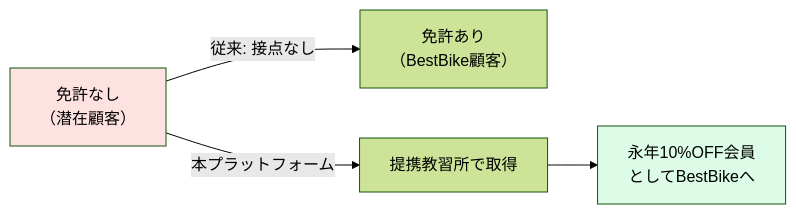
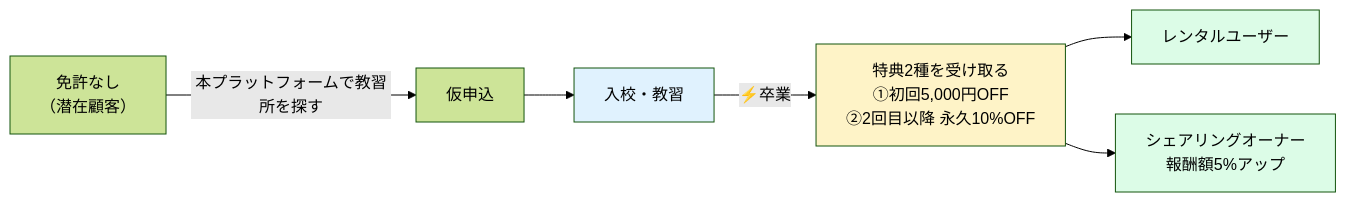
One commit to Sho0922/bestbike_matching- changed the first of 4 diagrams in docs/01_requirements.md. Above: the diagram before and after it, drawn with Mermaid (forest theme). The commit also changed other lines of this file and 10 other files, not shown here.

````diff
--- a/docs/01_requirements.md
+++ b/docs/01_requirements.md
@@ -45,7 +44,12 @@
 ```mermaid
 flowchart LR
-  A["免許なし<br/>（潜在顧客）"] -->|従来: 接点なし| B["免許あり<br/>（BestBike顧客）"]
-  A -->|本プラットフォーム| C["提携教習所で取得"] --> D["永年10%OFF会員<br/>としてBestBikeへ"]
-  style A fill:#fee2e2
-  style D fill:#dcfce7
+  A["免許なし<br/>（潜在顧客）"] -->|本プラットフォームで教習所を探す| B["仮申込"]
+  B --> C["入校・教習"]
+  C -->|⚡卒業| D["特典2種を受け取る<br/>①初回5,000円OFF<br/>②2回目以降 永久10%OFF"]
+  D --> E["レンタルユーザー"]
+  D --> F["シェアリングオーナー<br/>報酬額5%アップ"]
+  style C fill:#e0f2fe
+  style D fill:#fef3c7
+  style E fill:#dcfce7
+  style F fill:#dcfce7
 ```
````
